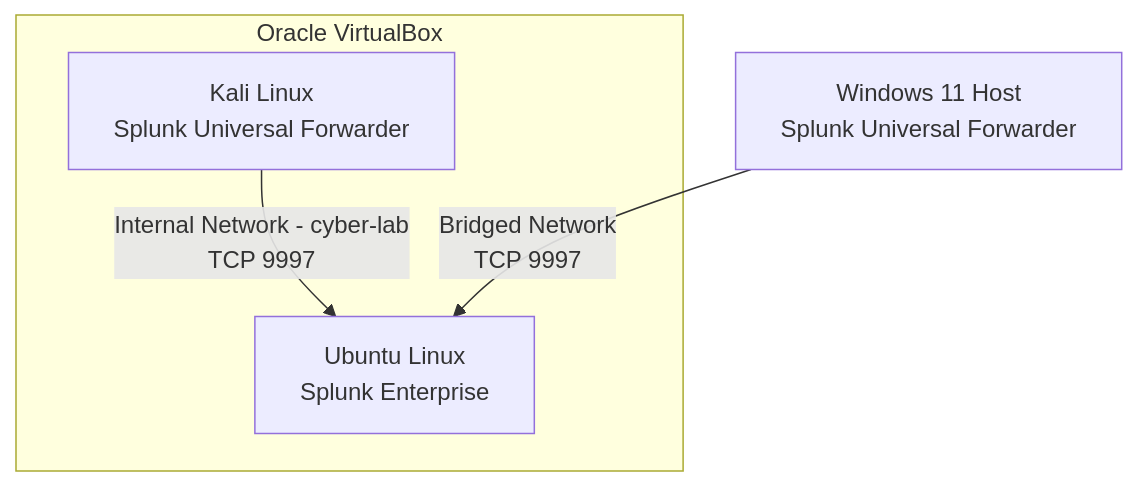
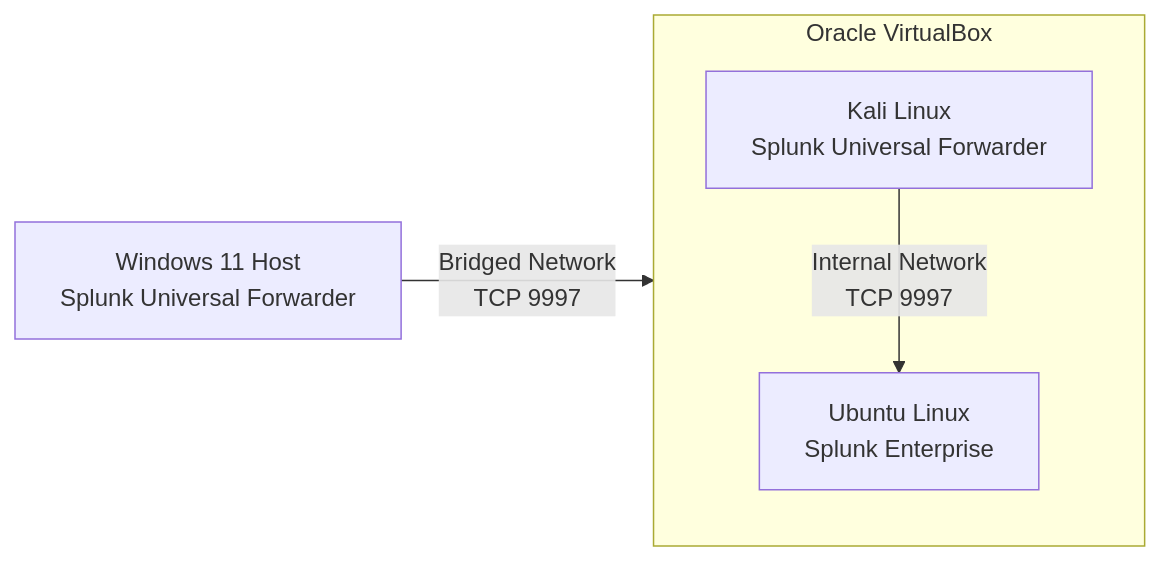
One commit to Akshatha-security-labs/Akshatha-security-labs changed the diagram in VirtualBox/splunk/log-forwarding.md. Above: the diagram before and after it, drawn with Mermaid. The commit also changed other lines of this file, not shown here.

Commit message:
Revise log forwarding diagram and network details
Updated the flowchart direction and modified the network connection description for clarity.

````diff
--- a/VirtualBox/splunk/log-forwarding.md
+++ b/VirtualBox/splunk/log-forwarding.md
@@ -124,12 +124,13 @@
 ```mermaid
-flowchart TB
+flowchart LR
     WIN["Windows 11 Host<br/>Splunk Universal Forwarder"]
 
     subgraph VBOX["Oracle VirtualBox"]
+        direction TB
         KALI["Kali Linux<br/>Splunk Universal Forwarder"]
         UBUNTU["Ubuntu Linux<br/>Splunk Enterprise"]
+        KALI -->|"Internal Network<br/>TCP 9997"| UBUNTU
     end
 
-    KALI -->|"Internal Network - cyber-lab<br/>TCP 9997"| UBUNTU
     WIN -->|"Bridged Network<br/>TCP 9997"| UBUNTU
 ```
````
